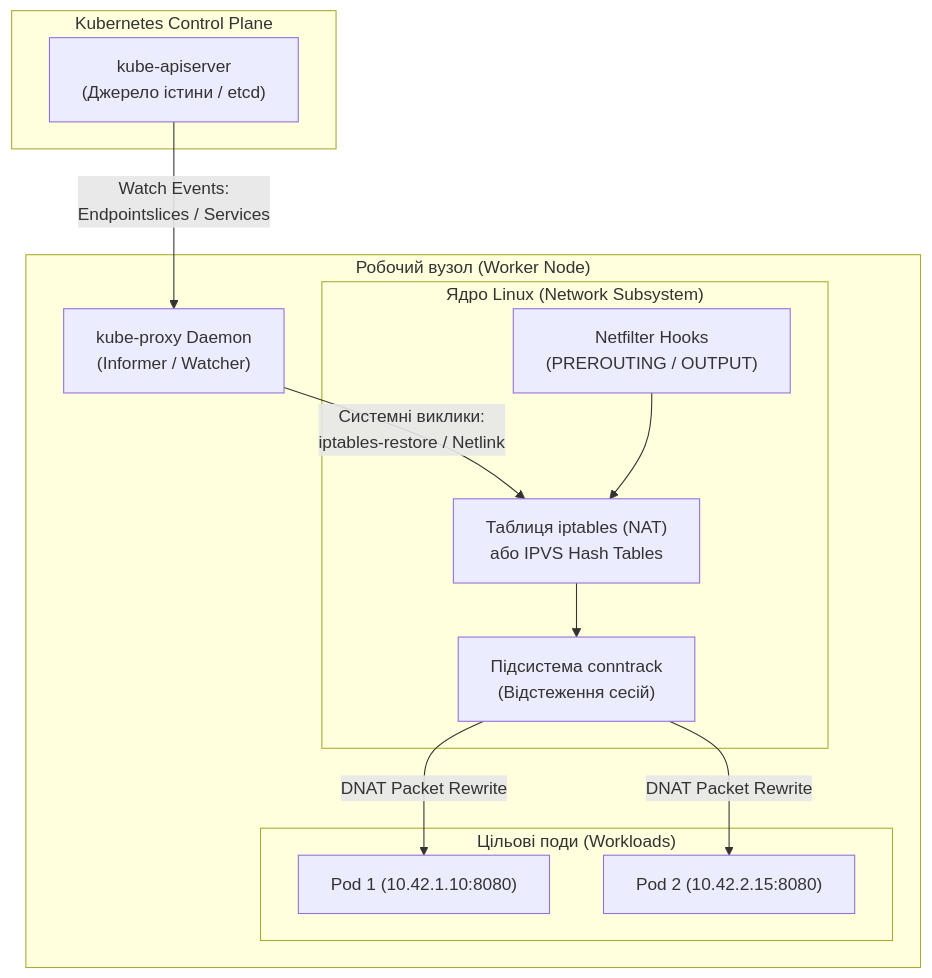
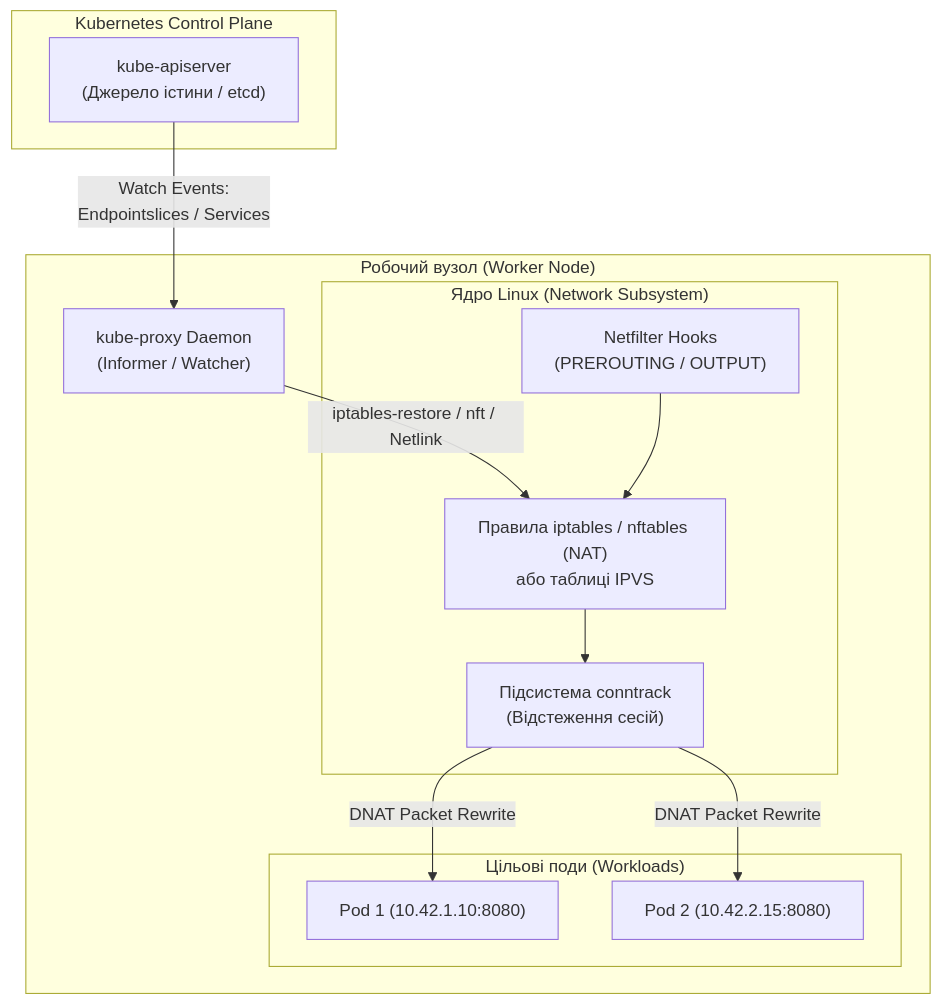
The first of 5 diagrams in _posts/2026-10-07-kube-proxy-load-balancing.md (Olezha/OlehShklyar), drawn with Mermaid before and after one commit. The commit also changed other lines of this file and 4 other files, not shown here.

````diff
--- a/_posts/2026-10-07-kube-proxy-load-balancing.md
+++ b/_posts/2026-10-07-kube-proxy-load-balancing.md
@@ -59,27 +59,27 @@
 ```mermaid
 flowchart TD
     subgraph ControlPlane["Kubernetes Control Plane"]
         API["kube-apiserver\n(Джерело істини / etcd)"]
     end
 
     subgraph Node["Робочий вузол (Worker Node)"]
         KP["kube-proxy Daemon\n(Informer / Watcher)"]
         
         subgraph LinuxKernel["Ядро Linux (Network Subsystem)"]
             NETFILTER["Netfilter Hooks\n(PREROUTING / OUTPUT)"]
-            IPTABLES["Таблиця iptables (NAT)\nабо IPVS Hash Tables"]
+            IPTABLES["Правила iptables / nftables (NAT)\nабо таблиці IPVS"]
             CONNTRACK["Підсистема conntrack\n(Відстеження сесій)"]
         end
         
         subgraph Pods["Цільові поди (Workloads)"]
             POD1["Pod 1 (10.42.1.10:8080)"]
             POD2["Pod 2 (10.42.2.15:8080)"]
         end
     end
 
     API -->|"Watch Events:\nEndpointslices / Services"| KP
-    KP -->|"Системні виклики:\niptables-restore / Netlink"| IPTABLES
+    KP -->|"iptables-restore / nft / Netlink"| IPTABLES
     NETFILTER --> IPTABLES
     IPTABLES --> CONNTRACK
     CONNTRACK -->|"DNAT Packet Rewrite"| POD1 & POD2
 ```
````
